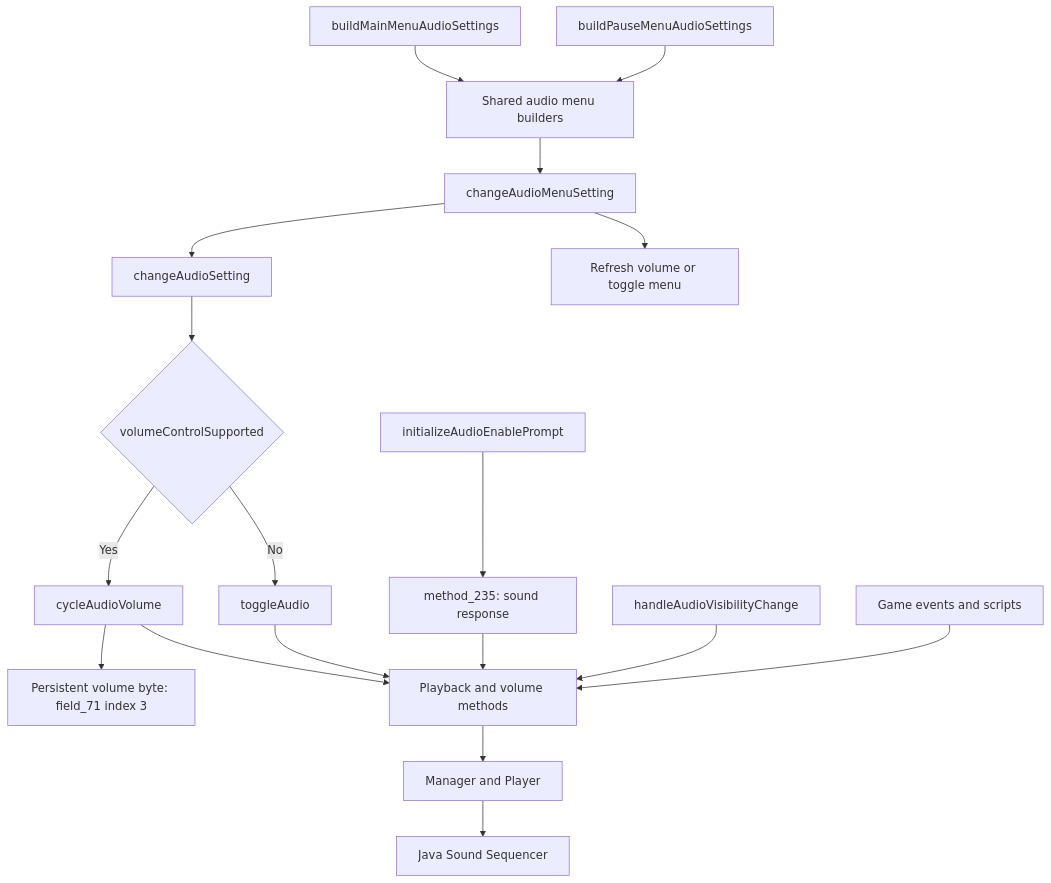
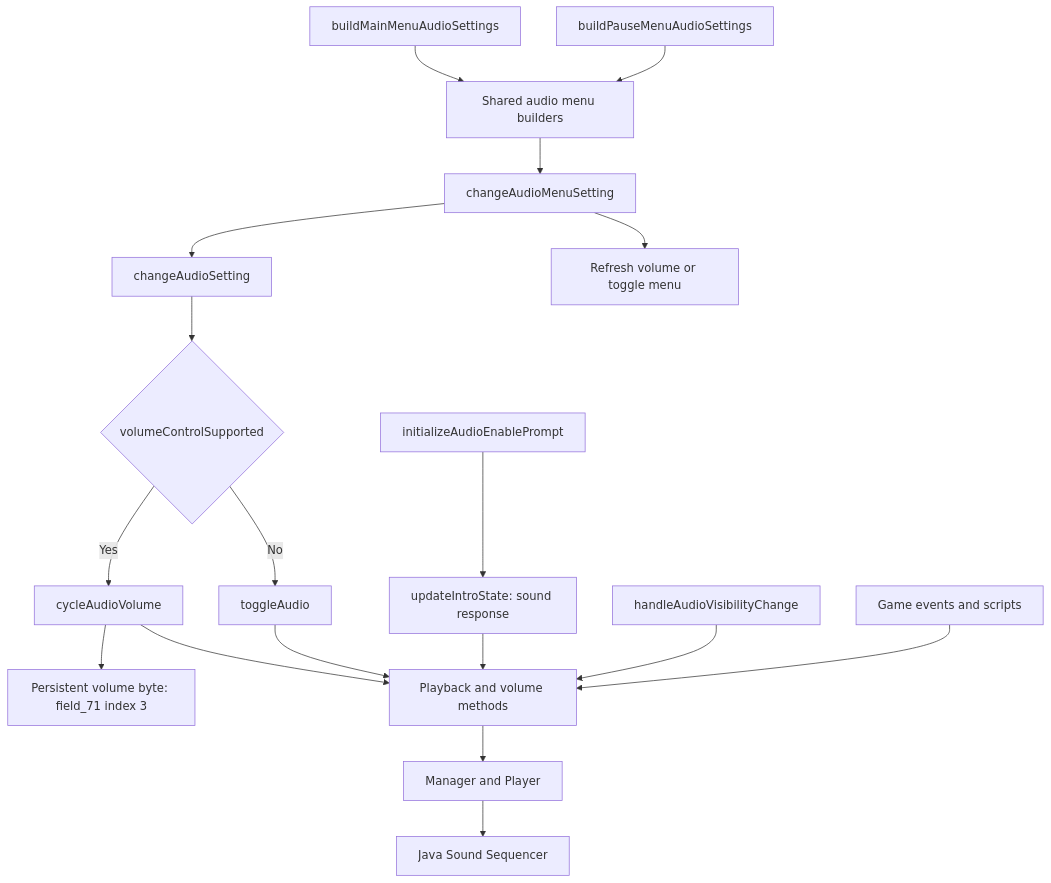
The second of 4 diagrams in readme.md (felipedelosh/PortDrHousePCByLoko), drawn with Mermaid before and after one commit. The commit also changed other lines of this file, not shown here.

````diff
--- a/readme.md
+++ b/readme.md
@@ -97,20 +97,20 @@
 ```mermaid
 flowchart TD
-    Prompt[initializeAudioEnablePrompt] --> Answer[method_235: sound response]
+    Prompt[initializeAudioEnablePrompt] --> Answer[updateIntroState: sound response]
     MainMenu[buildMainMenuAudioSettings] --> Builders[Shared audio menu builders]
     PauseMenu[buildPauseMenuAudioSettings] --> Builders
     Builders --> Action[changeAudioMenuSetting]
     Action --> Policy[changeAudioSetting]
     Policy --> Capability{volumeControlSupported}
     Capability -->|Yes| Cycle[cycleAudioVolume]
     Capability -->|No| Toggle[toggleAudio]
     Cycle --> Save[Persistent volume byte: field_71 index 3]
     Cycle --> Playback[Playback and volume methods]
     Toggle --> Playback
     Answer --> Playback
     Visibility[handleAudioVisibilityChange] --> Playback
     Gameplay[Game events and scripts] --> Playback
     Playback --> Adapter[Manager and Player]
     Adapter --> MIDI[Java Sound Sequencer]
     Action --> Refresh[Refresh volume or toggle menu]
 ```
````
